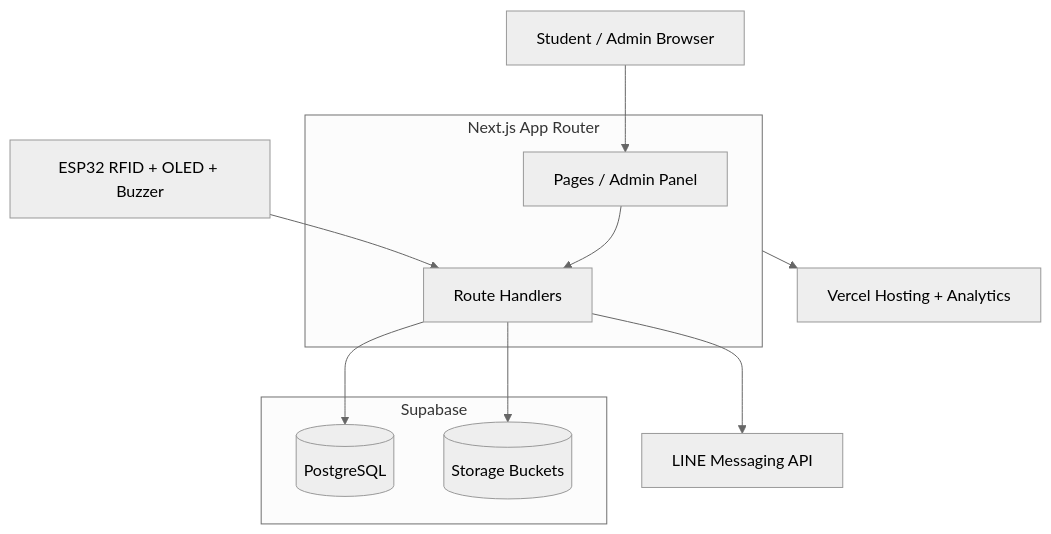
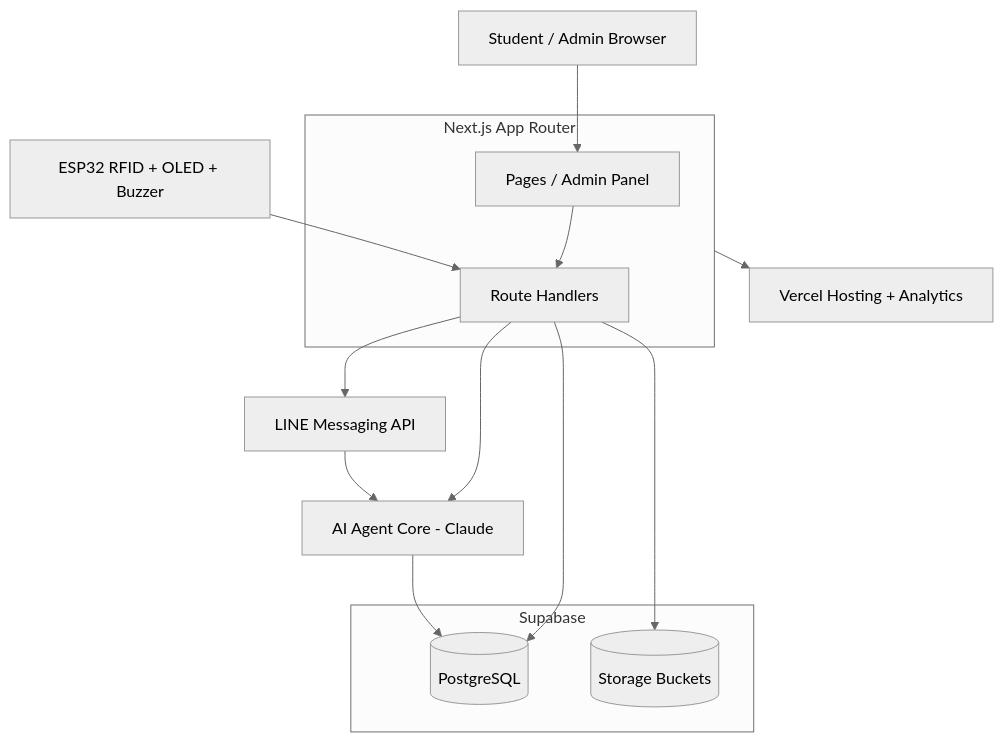
Before and after one commit to Centered101/ASIA-BOT: the first of 2 diagrams in README.md, drawn with Mermaid (neutral theme). The commit also changed other lines of this file and 2 other files, not shown here.

````diff
--- a/README.md
+++ b/README.md
@@ -96,26 +101,30 @@
 ```mermaid
 graph TB
   Student[Student / Admin Browser]
   ESP32[ESP32 RFID + OLED + Buzzer]
 
   subgraph Next[Next.js App Router]
     Pages[Pages / Admin Panel]
     API[Route Handlers]
   end
 
   subgraph Supabase[Supabase]
     DB[(PostgreSQL)]
     Storage[(Storage Buckets)]
   end
 
   LINE[LINE Messaging API]
   Vercel[Vercel Hosting + Analytics]
+  Agent[AI Agent Core - Claude]
 
   Student --> Pages
   Pages --> API
   ESP32 --> API
   API --> DB
   API --> Storage
   API --> LINE
+  API --> Agent
+  LINE --> Agent
+  Agent --> DB
   Next --> Vercel
 ```
````
